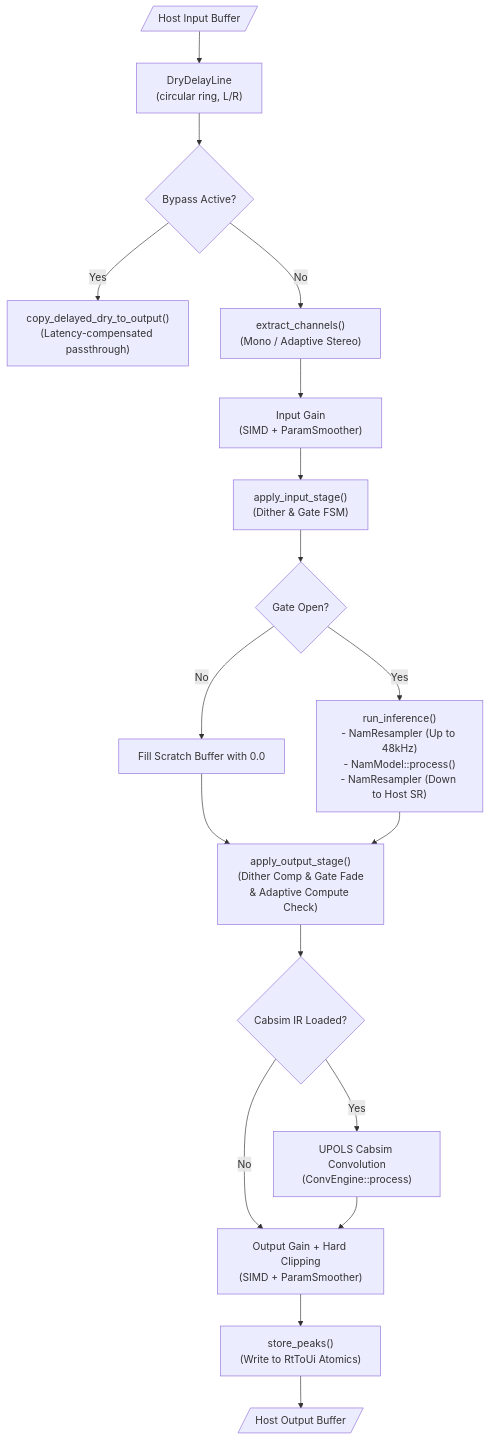
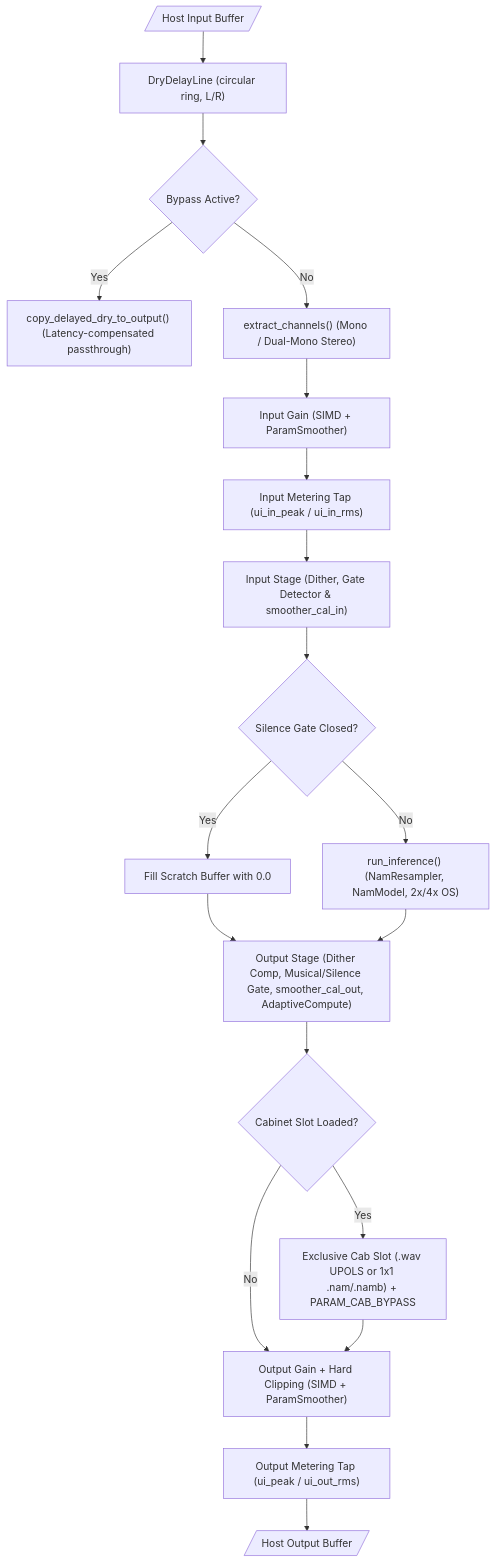
Before and after one commit to fabiohl/NAM-Plug: the diagram in docs/architecture.md, drawn with Mermaid. The commit also changed other lines of this file and 10 other files, not shown here.

````diff
--- a/docs/architecture.md
+++ b/docs/architecture.md
@@ -383,25 +388,26 @@
 ```mermaid
 graph TD
-    HostInput[/"Host Input Buffer"/] --> DryDelay["DryDelayLine\n(circular ring, L/R)"]
+    HostInput[/"Host Input Buffer"/] --> DryDelay["DryDelayLine (circular ring, L/R)"]
     DryDelay --> BypassCheck{"Bypass Active?"}
-    BypassCheck -->|"Yes"| RunBypass["copy_delayed_dry_to_output()\n(Latency-compensated passthrough)"]
-    BypassCheck -->|"No"| ChanExt["extract_channels()\n(Mono / Adaptive Stereo)"]
+    BypassCheck -->|"Yes"| RunBypass["copy_delayed_dry_to_output() (Latency-compensated passthrough)"]
+    BypassCheck -->|"No"| ChanExt["extract_channels() (Mono / Dual-Mono Stereo)"]
 
-    ChanExt --> InGain["Input Gain\n(SIMD + ParamSmoother)"]
-    InGain --> InStage["apply_input_stage()\n(Dither & Gate FSM)"]
+    ChanExt --> InGain["Input Gain (SIMD + ParamSmoother)"]
+    InGain --> InMeter["Input Metering Tap (ui_in_peak / ui_in_rms)"]
+    InMeter --> InStage["Input Stage (Dither, Gate Detector & smoother_cal_in)"]
 
-    InStage --> GateCheck{"Gate Open?"}
-    GateCheck -->|"No"| ZeroBuf["Fill Scratch Buffer with 0.0"]
-    GateCheck -->|"Yes"| InferEngine["run_inference()\n- NamResampler (Up to 48kHz)\n- NamModel::process()\n- NamResampler (Down to Host SR)"]
+    InStage --> GateCheck{"Silence Gate Closed?"}
+    GateCheck -->|"Yes"| ZeroBuf["Fill Scratch Buffer with 0.0"]
+    GateCheck -->|"No"| InferEngine["run_inference() (NamResampler, NamModel, 2x/4x OS)"]
 
     ZeroBuf --> OutStage
-    InferEngine --> OutStage["apply_output_stage()\n(Dither Comp & Gate Fade\n& Adaptive Compute Check)"]
+    InferEngine --> OutStage["Output Stage (Dither Comp, Musical/Silence Gate, smoother_cal_out, AdaptiveCompute)"]
 
-    OutStage --> CabCheck{"Cabsim IR Loaded?"}
-    CabCheck -->|"Yes"| CabConv["UPOLS Cabsim Convolution\n(ConvEngine::process)"]
+    OutStage --> CabCheck{"Cabinet Slot Loaded?"}
+    CabCheck -->|"Yes"| CabSlot["Exclusive Cab Slot (.wav UPOLS or 1x1 .nam/.namb) + PARAM_CAB_BYPASS"]
     CabCheck -->|"No"| OutGain
-    CabConv --> OutGain["Output Gain + Hard Clipping\n(SIMD + ParamSmoother)"]
+    CabSlot --> OutGain["Output Gain + Hard Clipping (SIMD + ParamSmoother)"]
 
-    OutGain --> PeakStore["store_peaks()\n(Write to RtToUi Atomics)"]
-    PeakStore --> HostOutput[/"Host Output Buffer"/]
+    OutGain --> OutMeter["Output Metering Tap (ui_peak / ui_out_rms)"]
+    OutMeter --> HostOutput[/"Host Output Buffer"/]
 ```
````
